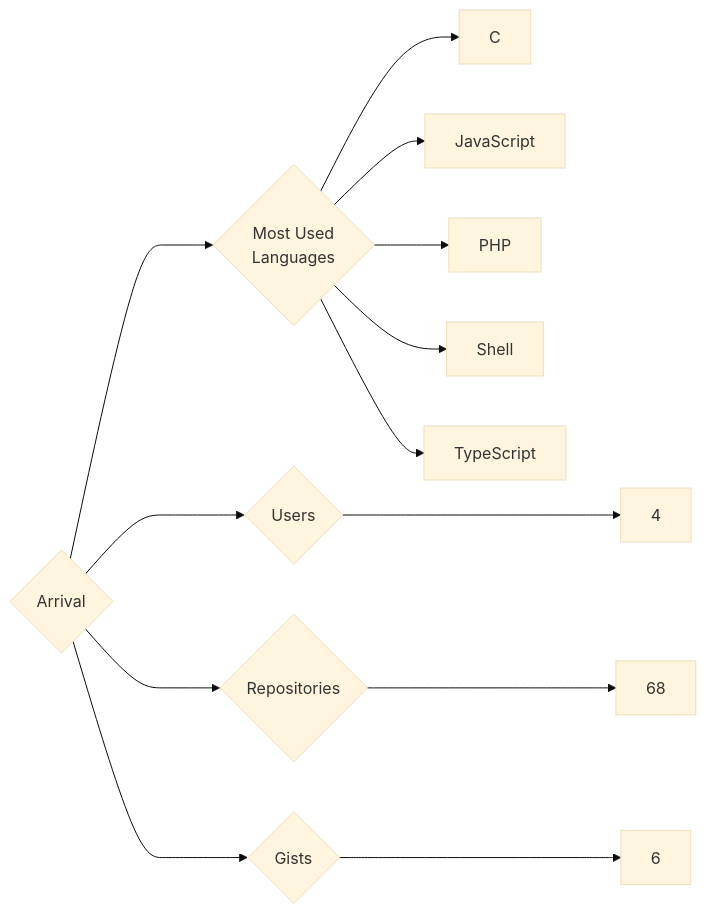
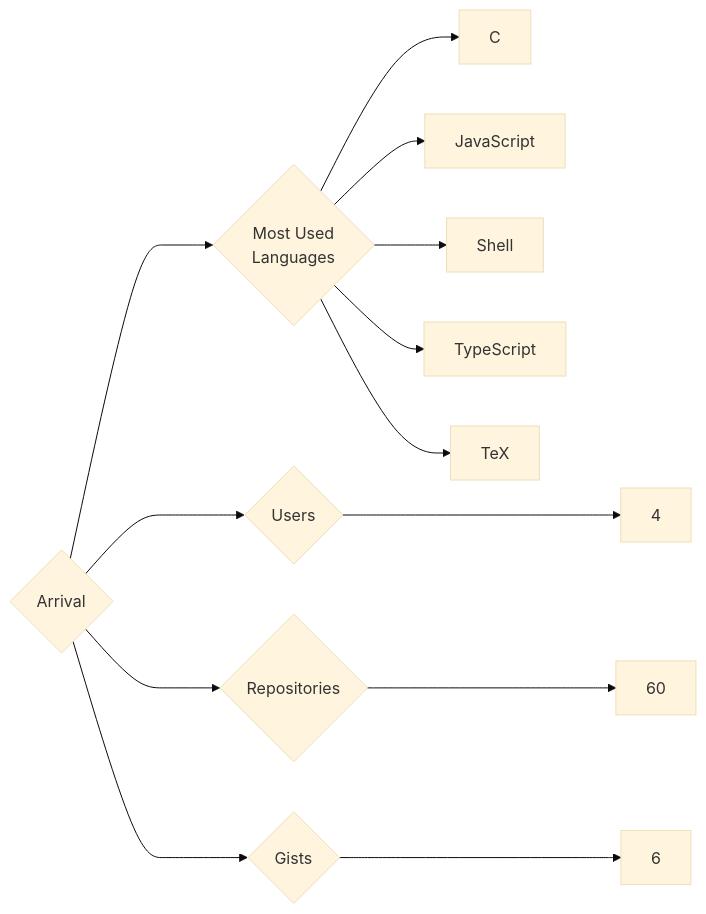
The diagram in targets/Arrival/README.md (trickest/insiders), drawn with Mermaid (base theme) before and after one commit. The commit also changed 934 other files, not shown here.

````diff
--- a/targets/Arrival/README.md
+++ b/targets/Arrival/README.md
@@ -3,13 +3,13 @@
 ```mermaid
 graph LR
 COMPANY_NAME{Arrival}
 COMPANY_NAME ---> U{Users} ---> UN[4]
-COMPANY_NAME ---> R{Repositories} ---> RN[68]
+COMPANY_NAME ---> R{Repositories} ---> RN[60]
 COMPANY_NAME ---> G{Gists} ---> GN[6]
 COMPANY_NAME ---> ML{Most Used<br>Languages}
 ML --> C[C]
 ML --> JavaScript[JavaScript]
-ML --> PHP[PHP]
 ML --> Shell[Shell]
 ML --> TypeScript[TypeScript]
+ML --> TeX[TeX]
 ```
````
